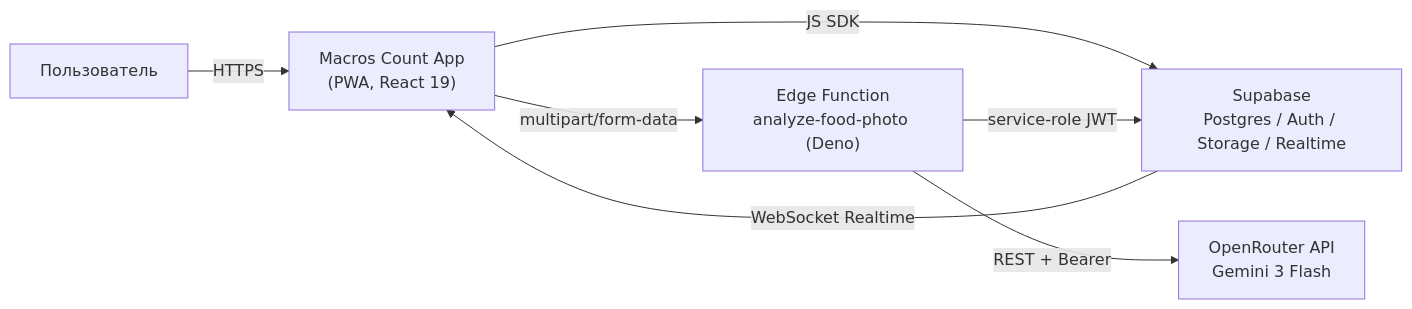
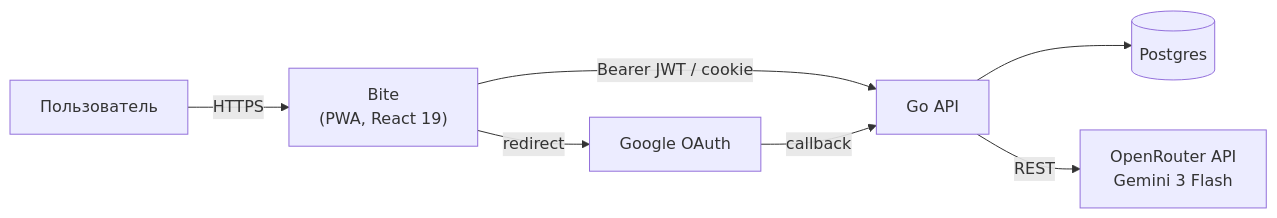
The first of 4 diagrams in docs/05-architecture.md (fedor-resh/macros-count-app), drawn with Mermaid before and after one commit. The commit also changed other lines of this file and 87 other files, not shown here.

````diff
--- a/docs/05-architecture.md
+++ b/docs/05-architecture.md
@@ -19,15 +19,16 @@
 ```mermaid
 graph LR
     User[Пользователь]
-    App["Macros Count App<br/>(PWA, React 19)"]
-    Supabase["Supabase<br/>Postgres / Auth / Storage / Realtime"]
-    Edge["Edge Function<br/>analyze-food-photo (Deno)"]
+    App["Bite<br/>(PWA, React 19)"]
+    API["Go API"]
+    DB[("Postgres")]
     OpenRouter["OpenRouter API<br/>Gemini 3 Flash"]
+    Google["Google OAuth"]
 
     User -->|HTTPS| App
-    App -->|JS SDK| Supabase
-    App -->|multipart/form-data| Edge
-    Edge -->|service-role JWT| Supabase
-    Edge -->|REST + Bearer| OpenRouter
-    Supabase -->|WebSocket Realtime| App
+    App -->|Bearer JWT / cookie| API
+    API --> DB
+    API -->|REST| OpenRouter
+    App -->|redirect| Google
+    Google -->|callback| API
 ```
````
